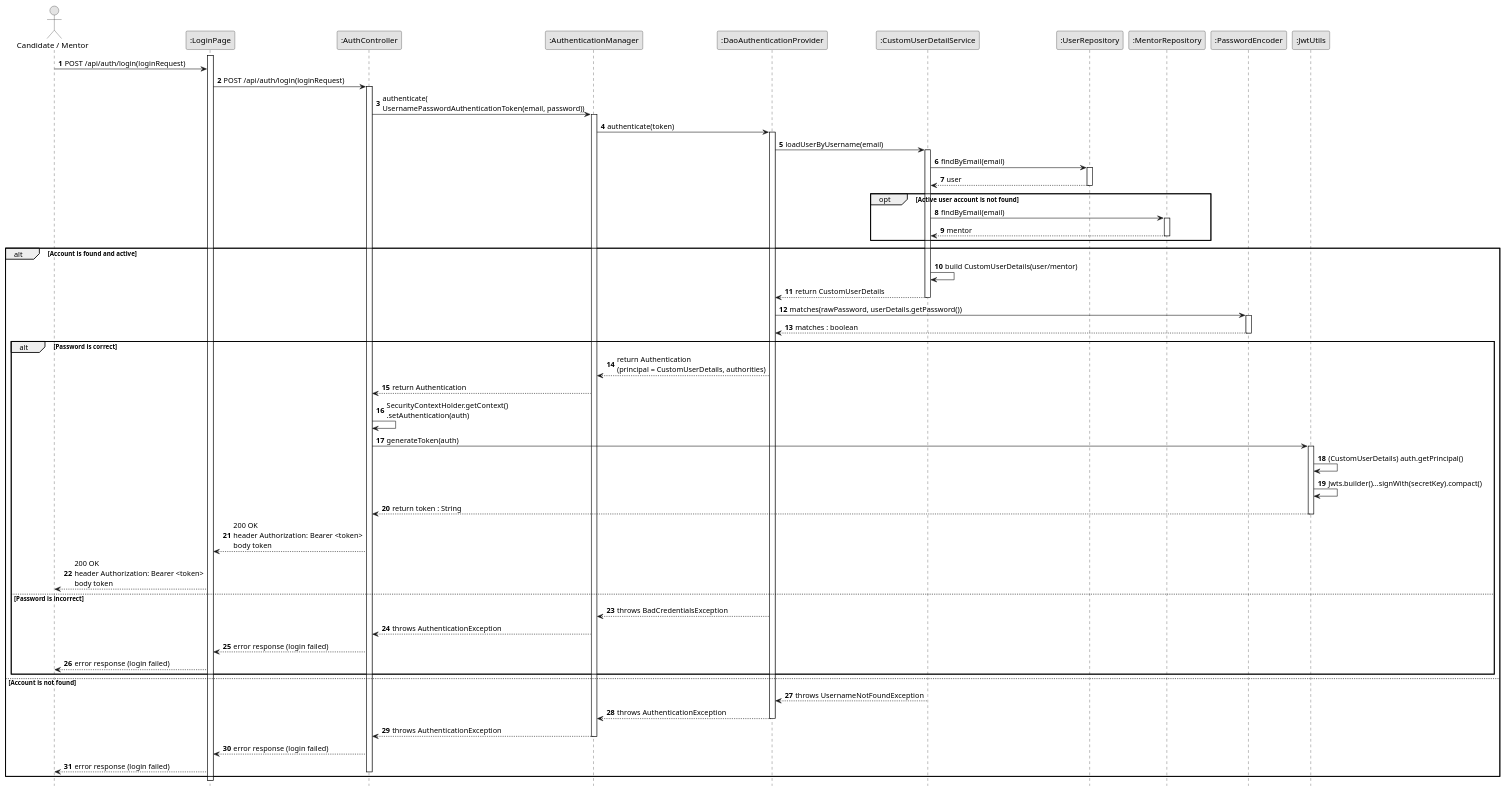
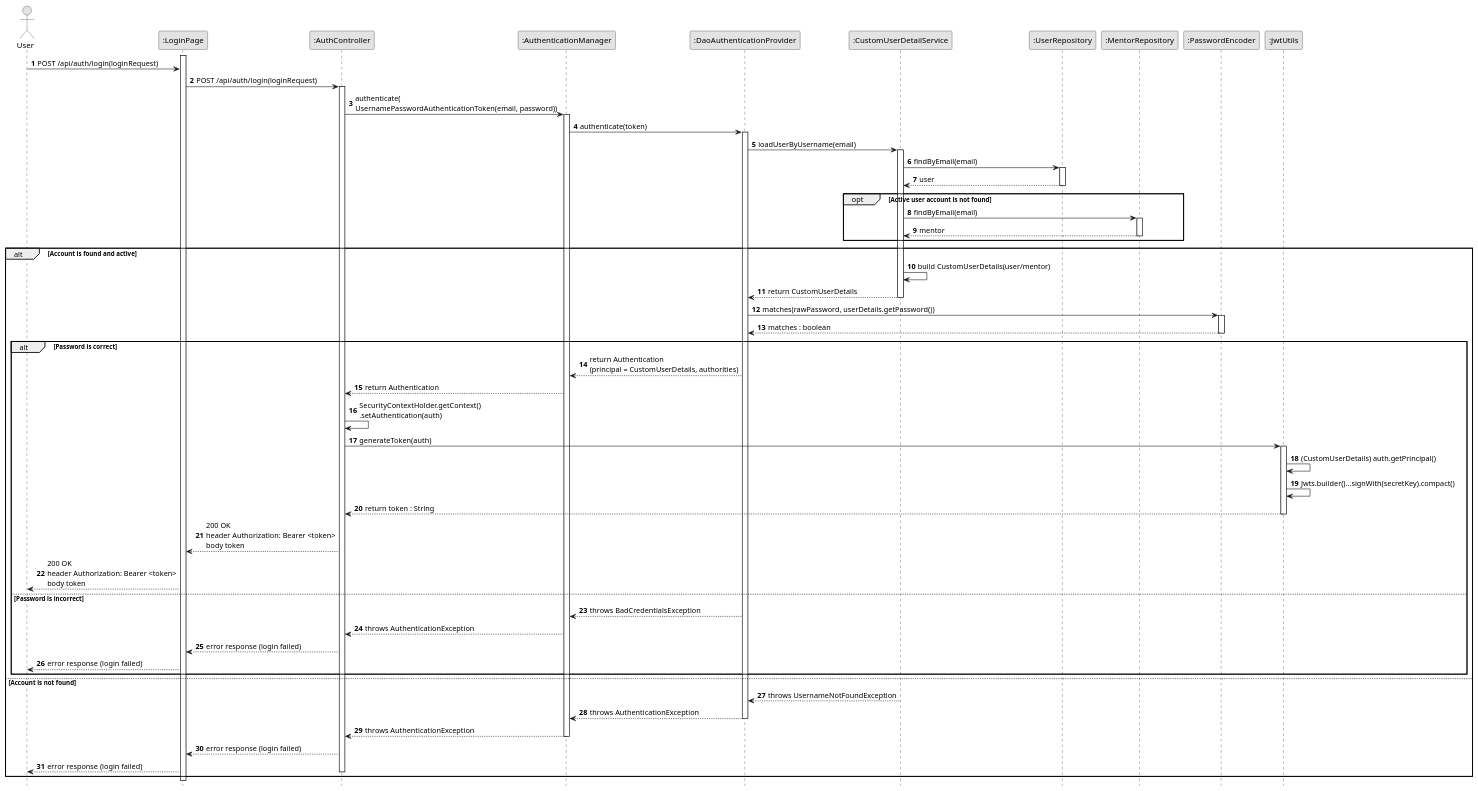
Before and after one commit to Kdz198/Inblue: the diagram in diagram/sequence/sequence-3.1.2.1.puml, drawn with PlantUML. The commit also changed 7 other files, not shown here.

Commit message:
feat: rename "Candidate / Mentor" to "User" in sequence diagrams for clarity

```diff
--- a/diagram/sequence/sequence-3.1.2.1.puml
+++ b/diagram/sequence/sequence-3.1.2.1.puml
@@ -1,101 +1,101 @@
 @startuml SystemLogin_EmailPassword
 skinparam monochrome true
 skinparam shadowing false
 
 ' Do not repeat participant boxes at the bottom of the diagram
 hide footbox
 
 <style>
 sequenceDiagram {
   groupHeader {
     FontStyle plain
   }
 }
 </style>
 
 autonumber
 
-actor "Candidate / Mentor" as Candidate
+actor "User" as Candidate
 participant ":LoginPage" as Client
 participant ":AuthController" as Controller
 participant ":AuthenticationManager" as AuthMgr
 participant ":DaoAuthenticationProvider" as Provider
 participant ":CustomUserDetailService" as UDS
 participant ":UserRepository" as UserRepo
 participant ":MentorRepository" as MentorRepo
 participant ":PasswordEncoder" as Encoder
 participant ":JwtUtils" as Jwt
 
 activate Client
 
 Candidate -> Client : POST /api/auth/login(loginRequest)
 Client -> Controller : POST /api/auth/login(loginRequest)
 activate Controller
 
 Controller -> AuthMgr : authenticate(\nUsernamePasswordAuthenticationToken(email, password))
 activate AuthMgr
 
 AuthMgr -> Provider : authenticate(token)
 activate Provider
 
 Provider -> UDS : loadUserByUsername(email)
 activate UDS
 
 UDS -> UserRepo : findByEmail(email)
 activate UserRepo
 UserRepo --> UDS : user
 deactivate UserRepo
 
 opt Active user account is not found
     UDS -> MentorRepo : findByEmail(email)
     activate MentorRepo
     MentorRepo --> UDS : mentor
     deactivate MentorRepo
 end
 
 alt Account is found and active
     UDS -> UDS : build CustomUserDetails(user/mentor)
     UDS --> Provider : return CustomUserDetails
     deactivate UDS
 
     Provider -> Encoder : matches(rawPassword, userDetails.getPassword())
     activate Encoder
     Encoder --> Provider : matches : boolean
     deactivate Encoder
 
     alt Password is correct
         Provider --> AuthMgr : return Authentication\n(principal = CustomUserDetails, authorities)
         AuthMgr --> Controller : return Authentication
 
         Controller -> Controller : SecurityContextHolder.getContext()\n.setAuthentication(auth)
 
         Controller -> Jwt : generateToken(auth)
         activate Jwt
         Jwt -> Jwt : (CustomUserDetails) auth.getPrincipal()
         Jwt -> Jwt : Jwts.builder()...signWith(secretKey).compact()
         Jwt --> Controller : return token : String
         deactivate Jwt
 
         Controller --> Client : 200 OK\nheader Authorization: Bearer <token>\nbody token
         Client --> Candidate : 200 OK\nheader Authorization: Bearer <token>\nbody token
     else Password is incorrect
         Provider --> AuthMgr : throws BadCredentialsException
         AuthMgr --> Controller : throws AuthenticationException
         Controller --> Client : error response (login failed)
         Client --> Candidate : error response (login failed)
     end
 else Account is not found
     UDS --> Provider : throws UsernameNotFoundException
     deactivate UDS
     Provider --> AuthMgr : throws AuthenticationException
     deactivate Provider
     AuthMgr --> Controller : throws AuthenticationException
     deactivate AuthMgr
     Controller --> Client : error response (login failed)
     Client --> Candidate : error response (login failed)
     deactivate Controller
 end
 
 deactivate Client
 
 @enduml
```
